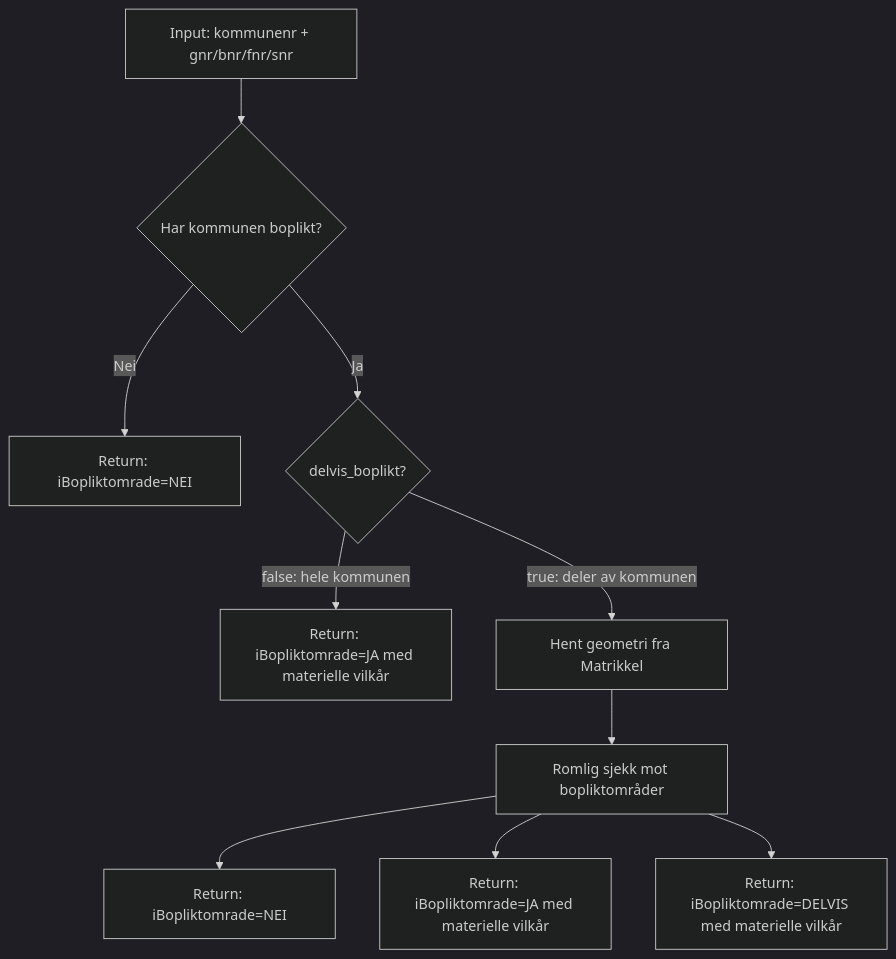
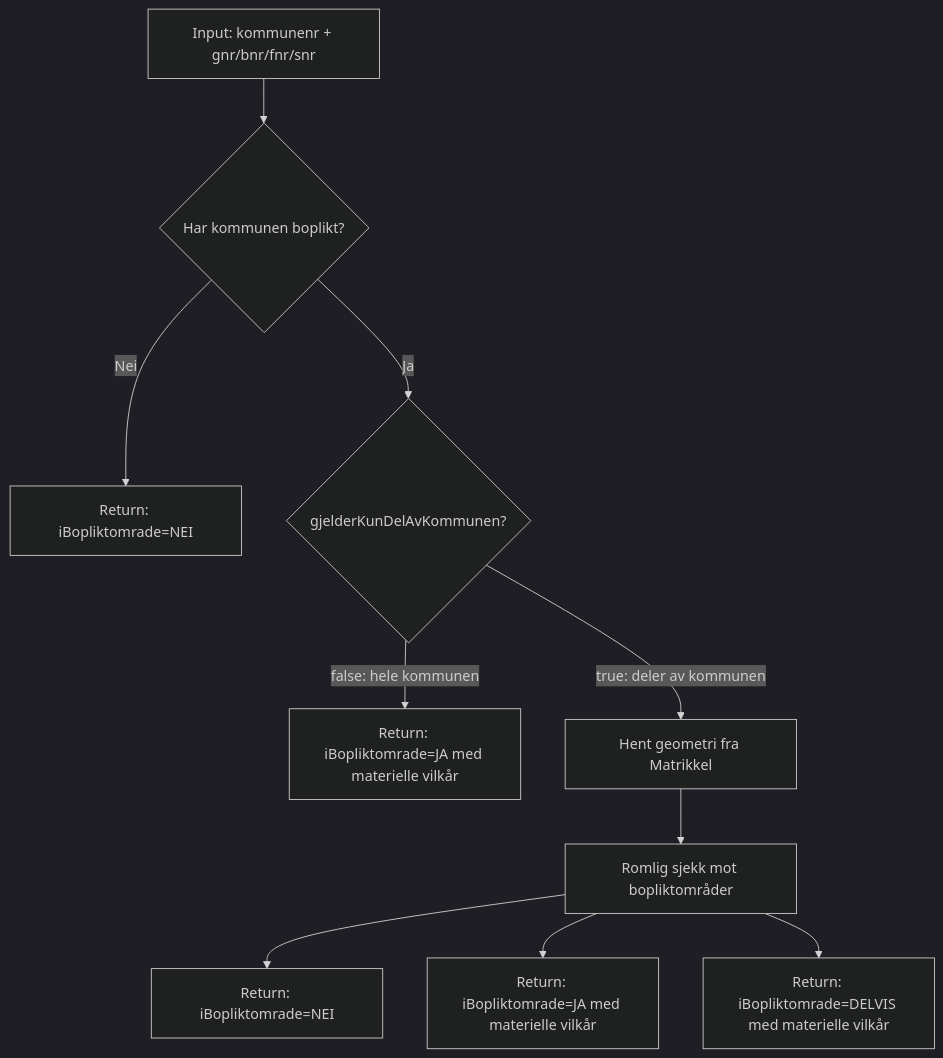
The diagram in docs/bopliktsjekken.md (kartverket/smia-ogc-api), drawn with Mermaid (dark theme) before and after one commit. The commit also changed other lines of this file and 13 other files, not shown here.

````diff
--- a/docs/bopliktsjekken.md
+++ b/docs/bopliktsjekken.md
@@ -5,12 +5,12 @@
 ```mermaid
 flowchart TD
     A[Input: kommunenr + gnr/bnr/fnr/snr] --> B{Har kommunen boplikt?}
     B -- Nei --> C[Return: iBopliktomrade=NEI]
-    B -- Ja --> D{delvis_boplikt?}
+    B -- Ja --> D{gjelderKunDelAvKommunen?}
     D -- false: hele kommunen --> E[Return: iBopliktomrade=JA med materielle vilkår]
     D -- true: deler av kommunen --> F[Hent geometri fra Matrikkel]
     F --> G[Romlig sjekk mot bopliktområder]
     G --> H[Return: iBopliktomrade=NEI]
     G --> I[Return: iBopliktomrade=JA med materielle vilkår]
     G --> J[Return: iBopliktomrade=DELVIS med materielle vilkår]
 ```
````
